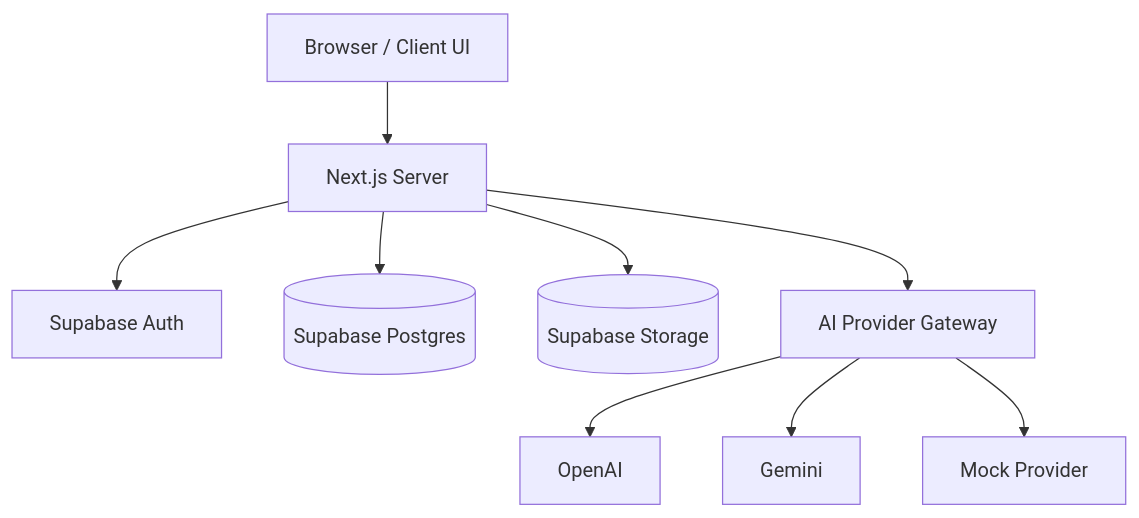
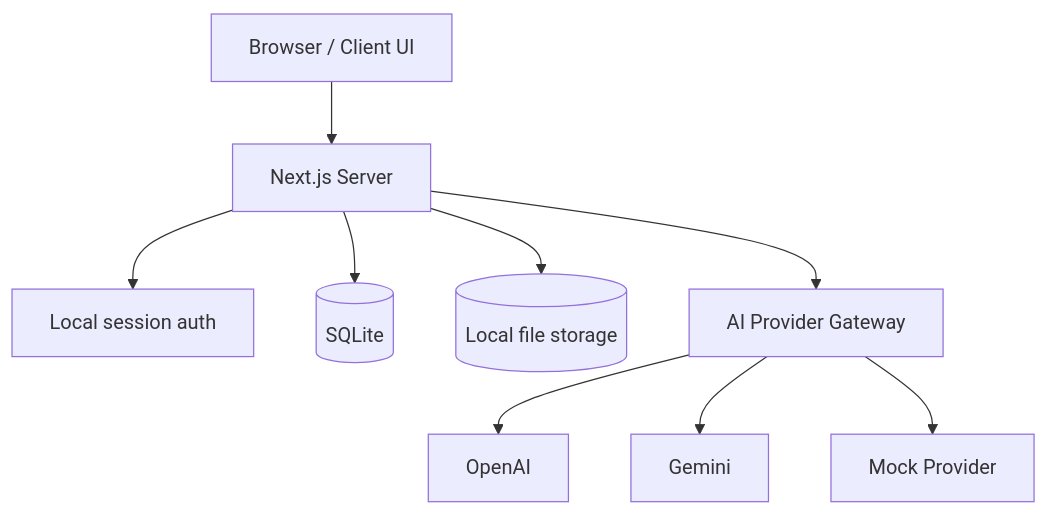
One commit to RyoyaYahagi/Ruletrade-AI changed the diagram in docs/architecture/overview.md. Above: the diagram before and after it, drawn with Mermaid. The commit also changed 321 other files, not shown here.

Commit message:
Remove Supabase and adopt SQLite-only runtime

````diff
--- a/docs/architecture/overview.md
+++ b/docs/architecture/overview.md
@@ -7,21 +7,21 @@
 ```mermaid
 graph TD
   Browser[Browser / Client UI]
   Next[Next.js Server]
-  SupabaseAuth[Supabase Auth]
-  DB[(Supabase Postgres)]
-  Storage[(Supabase Storage)]
+  Auth[Local session auth]
+  DB[(SQLite)]
+  Storage[(Local file storage)]
   AI[AI Provider Gateway]
   OpenAI[OpenAI]
   Gemini[Gemini]
   Mock[Mock Provider]
 
   Browser --> Next
-  Next --> SupabaseAuth
+  Next --> Auth
   Next --> DB
   Next --> Storage
   Next --> AI
   AI --> OpenAI
   AI --> Gemini
   AI --> Mock
 ```
````
